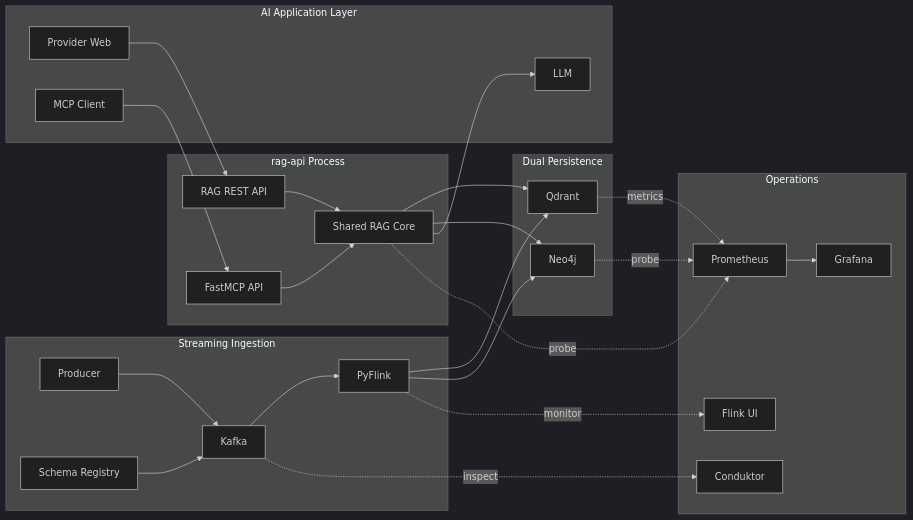
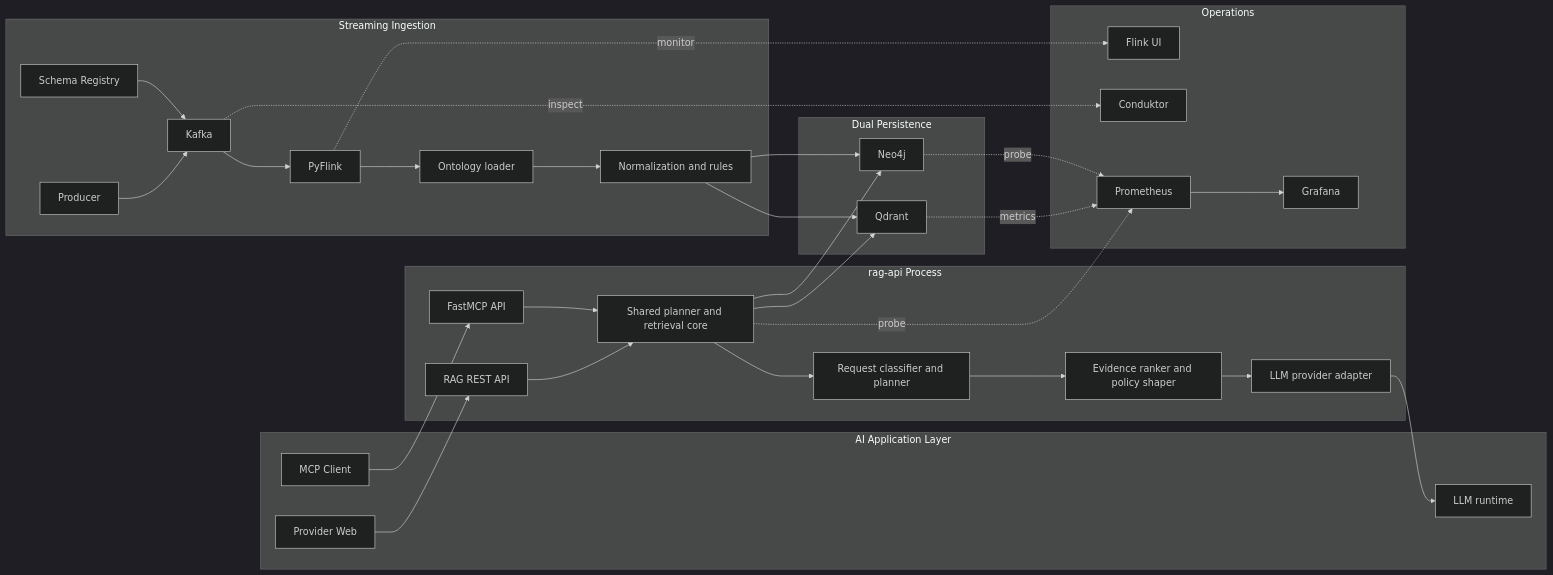
Before and after one commit to wchen-dea/Agentic-AI-Healthcare-GraphRAG: the first of 4 diagrams in docs/architecture.md, drawn with Mermaid (dark theme). The commit also changed other lines of this file and 2 other files, not shown here.

Commit message:
ontology & skills

````diff
--- a/docs/architecture.md
+++ b/docs/architecture.md
@@ -116,43 +116,51 @@
 ```mermaid
 flowchart LR
   subgraph Ingestion[Streaming Ingestion]
     P[Producer] --> K[Kafka]
     SR[Schema Registry] --> K
     K --> F[PyFlink]
+    F --> OL[Ontology loader]
+    OL --> NM[Normalization and rules]
   end
 
   subgraph Persistence[Dual Persistence]
-    F --> Q[Qdrant]
-    F --> N[Neo4j]
+    NM --> Q[Qdrant]
+    NM --> N[Neo4j]
   end
 
   subgraph APIProc[rag-api Process]
     RAG[RAG REST API]
     MCP[FastMCP API]
-    CORE[Shared RAG Core]
+    CORE[Shared planner and retrieval core]
+    PLAN[Request classifier and planner]
+    RANK[Evidence ranker and policy shaper]
+    ADAPT[LLM provider adapter]
     RAG --> CORE
     MCP --> CORE
+    CORE --> PLAN
+    PLAN --> RANK
+    RANK --> ADAPT
   end
 
   subgraph AI[AI Application Layer]
     UI[Provider Web] --> RAG
     MCPClient[MCP Client] --> MCP
     CORE --> Q
     CORE --> N
-    CORE --> L[LLM]
+    ADAPT --> L[LLM runtime]
   end
 
   subgraph Ops[Operations]
     FL[Flink UI]
     CDK[Conduktor]
     PR[Prometheus]
     GF[Grafana]
   end
 
   K -. inspect .-> CDK
   F -. monitor .-> FL
   CORE -. probe .-> PR
   Q -. metrics .-> PR
   N -. probe .-> PR
   PR --> GF
 ```
````
